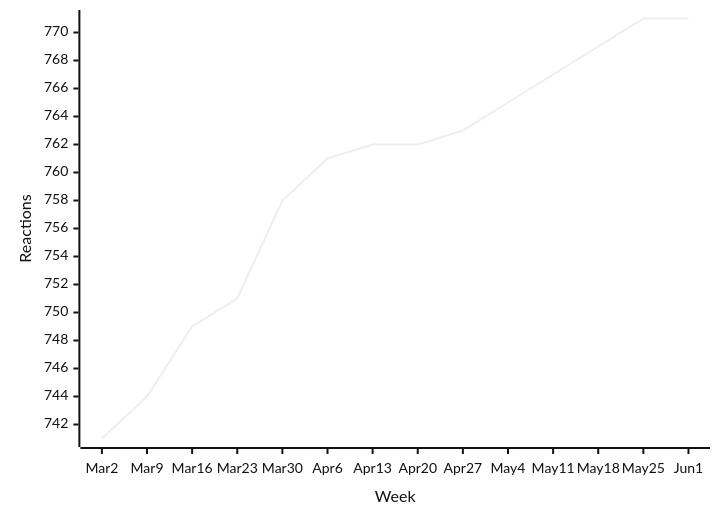
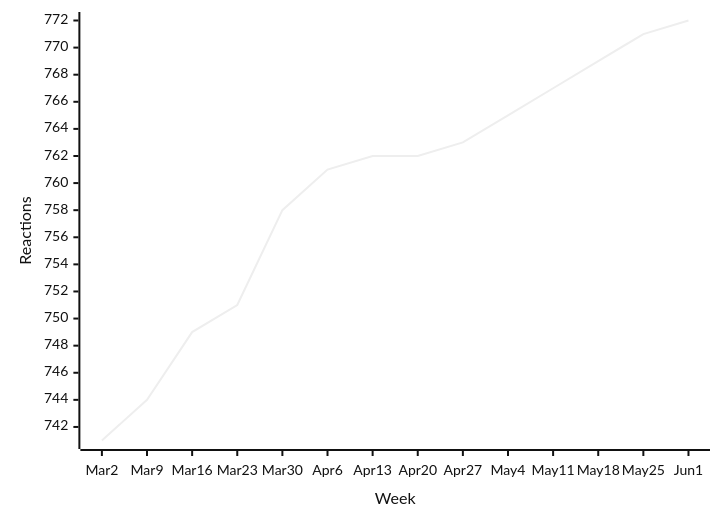
The third of 47 diagrams in README.md (loic-sharma/github-insights), drawn with Mermaid (neutral theme) before and after one commit. The commit also changed other lines of this file and 3 other files, not shown here.

````diff
--- a/README.md
+++ b/README.md
@@ -373,6 +373,6 @@
   ```mermaid
   xychart-beta
     x-axis "Week" [Mar 2, Mar 9, Mar 16, Mar 23, Mar 30, Apr 6, Apr 13, Apr 20, Apr 27, May 4, May 11, May 18, May 25, Jun 1]
     y-axis "Reactions"
-    line [741, 744, 749, 751, 758, 761, 762, 762, 763, 765, 767, 769, 771, 771]
+    line [741, 744, 749, 751, 758, 761, 762, 762, 763, 765, 767, 769, 771, 772]
   ```
````
